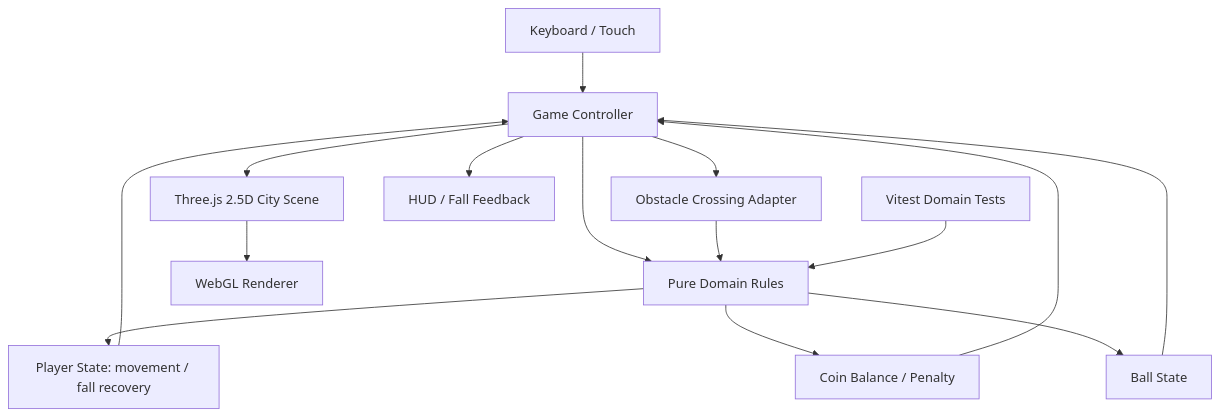
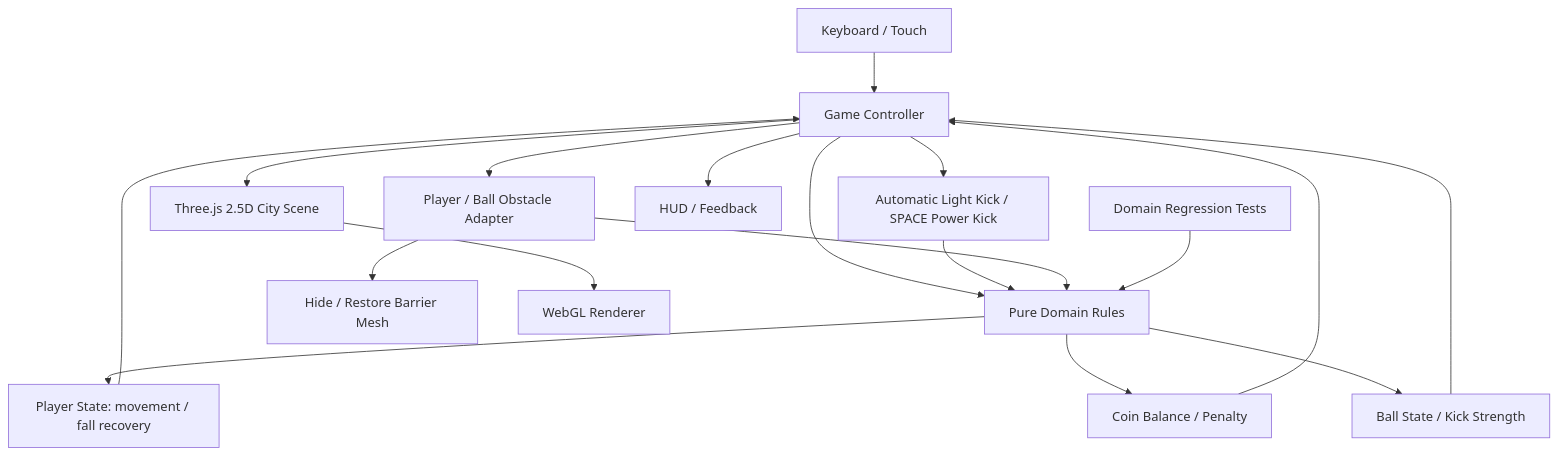
One commit to mangreen/kick-web-game changed the diagram in docs/architecture/overview.md. Above: the diagram before and after it, drawn with Mermaid. The commit also changed other lines of this file and 13 other files, not shown here.

Commit message:
feat(gameplay): add automatic light kicks and power-shot barriers

````diff
--- a/docs/architecture/overview.md
+++ b/docs/architecture/overview.md
@@ -11,17 +11,20 @@
 ```mermaid
 flowchart TD
   Keys[Keyboard / Touch] --> Controller[Game Controller]
   Controller --> Rules[Pure Domain Rules]
   Rules --> Player[Player State: movement / fall recovery]
   Rules --> Wallet[Coin Balance / Penalty]
-  Rules --> Ball[Ball State]
+  Rules --> Ball[Ball State / Kick Strength]
   Player --> Controller
   Wallet --> Controller
   Ball --> Controller
-  Controller --> Collision[Obstacle Crossing Adapter]
+  Controller --> Kick[Automatic Light Kick / SPACE Power Kick]
+  Kick --> Rules
+  Controller --> Collision[Player / Ball Obstacle Adapter]
   Collision --> Rules
+  Collision --> BarrierVisual[Hide / Restore Barrier Mesh]
   Controller --> Scene[Three.js 2.5D City Scene]
   Scene --> Renderer[WebGL Renderer]
-  Controller --> HUD[HUD / Fall Feedback]
-  Tests[Vitest Domain Tests] --> Rules
+  Controller --> HUD[HUD / Feedback]
+  Tests[Domain Regression Tests] --> Rules
 ```
````
